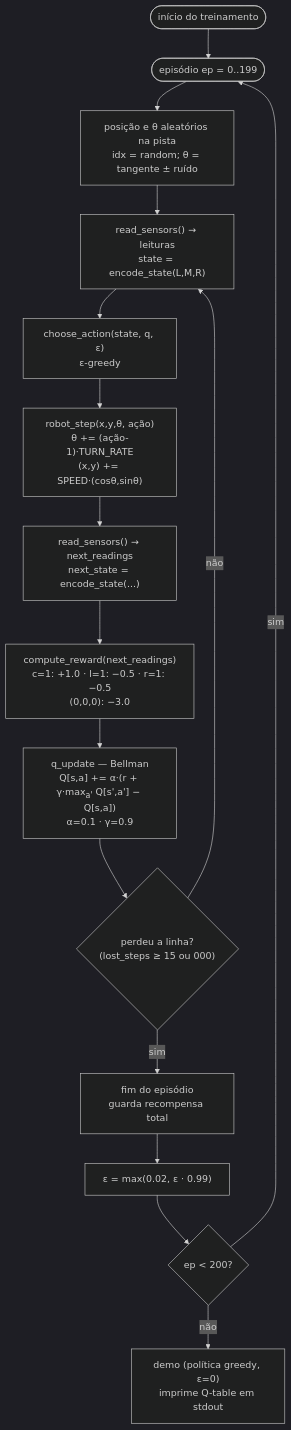
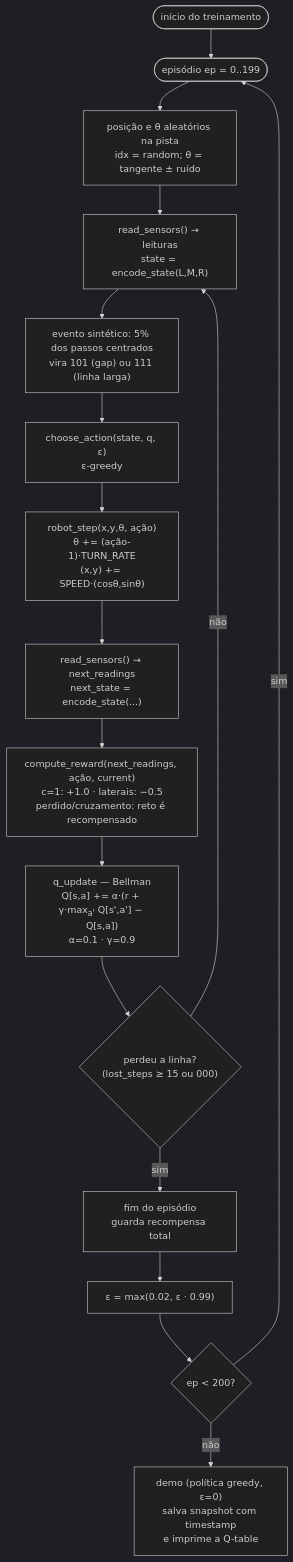
One commit to PedroZia/enviorment-simulator-python-arduino changed the fourth of 8 diagrams in README.md. Above: the diagram before and after it, drawn with Mermaid (dark theme). The commit also changed other lines of this file and 3 other files, not shown here.

````diff
--- a/README.md
+++ b/README.md
@@ -92,18 +92,19 @@
 ```mermaid
 flowchart TD
   S([início do treinamento]) --> EPI(["episódio ep = 0..199"])
   EPI --> INIT["posição e θ aleatórios na pista<br/>idx = random; θ = tangente ± ruído"]
   INIT --> ST["read_sensors() → leituras<br/>state = encode_state(L,M,R)"]
-  ST --> CHOOSE["choose_action(state, q, ε)<br/>ε-greedy"]
+  ST --> EV["evento sintético: 5% dos passos centrados<br/>vira 101 (gap) ou 111 (linha larga)"]
+  EV --> CHOOSE["choose_action(state, q, ε)<br/>ε-greedy"]
   CHOOSE --> STEP["robot_step(x,y,θ, ação)<br/>θ += (ação-1)·TURN_RATE<br/>(x,y) += SPEED·(cosθ,sinθ)"]
   STEP --> NS["read_sensors() → next_readings<br/>next_state = encode_state(...)"]
-  NS --> RW["compute_reward(next_readings)<br/>c=1: +1.0 · l=1: −0.5 · r=1: −0.5<br/>(0,0,0): −3.0"]
+  NS --> RW["compute_reward(next_readings, ação, current)<br/>c=1: +1.0 · laterais: −0.5<br/>perdido/cruzamento: reto é recompensado"]
   RW --> QU["q_update — Bellman<br/>Q[s,a] += α·(r + γ·max<sub>a'</sub> Q[s',a'] − Q[s,a])<br/>α=0.1 · γ=0.9"]
   QU --> LOST{"perdeu a linha?<br/>(lost_steps ≥ 15 ou 000)"}
   LOST -->|não| ST
   LOST -->|sim| END["fim do episódio<br/>guarda recompensa total"]
   END --> DECAY["ε = max(0.02, ε · 0.99)"]
   DECAY --> NX{"ep < 200?"}
   NX -->|sim| EPI
-  NX -->|não| DEMO["demo (política greedy, ε=0)<br/>imprime Q-table em stdout"]
+  NX -->|não| DEMO["demo (política greedy, ε=0)<br/>salva snapshot com timestamp<br/>e imprime a Q-table"]
 ```
````
